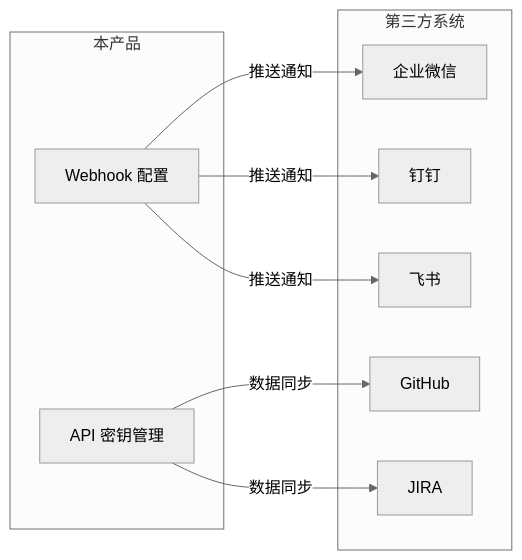
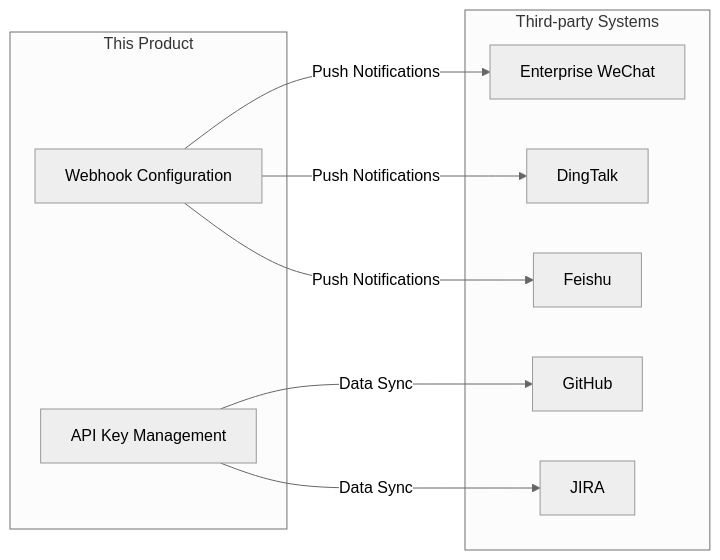
The sixth of 7 diagrams in templates/产品/运营层/【模板】用户手册.md (Kirky-X/cangjie), drawn with Mermaid (neutral theme) before and after one commit. The commit also changed other lines of this file and 46 other files, not shown here.

````diff
--- a/templates/产品/运营层/【模板】用户手册.md
+++ b/templates/产品/运营层/【模板】用户手册.md
@@ -393,21 +380,21 @@
 ```mermaid
 flowchart LR
-    subgraph 本产品
-        A[Webhook 配置]
-        B[API 密钥管理]
+    subgraph This Product
+        A[Webhook Configuration]
+        B[API Key Management]
     end
 
-    subgraph 第三方系统
-        C1[企业微信]
-        C2[钉钉]
-        C3[飞书]
+    subgraph Third-party Systems
+        C1[Enterprise WeChat]
+        C2[DingTalk]
+        C3[Feishu]
         C4[GitHub]
         C5[JIRA]
     end
 
-    A -->|推送通知| C1
-    A -->|推送通知| C2
-    A -->|推送通知| C3
-    B -->|数据同步| C4
-    B -->|数据同步| C5
+    A -->|Push Notifications| C1
+    A -->|Push Notifications| C2
+    A -->|Push Notifications| C3
+    B -->|Data Sync| C4
+    B -->|Data Sync| C5
 ```
````
